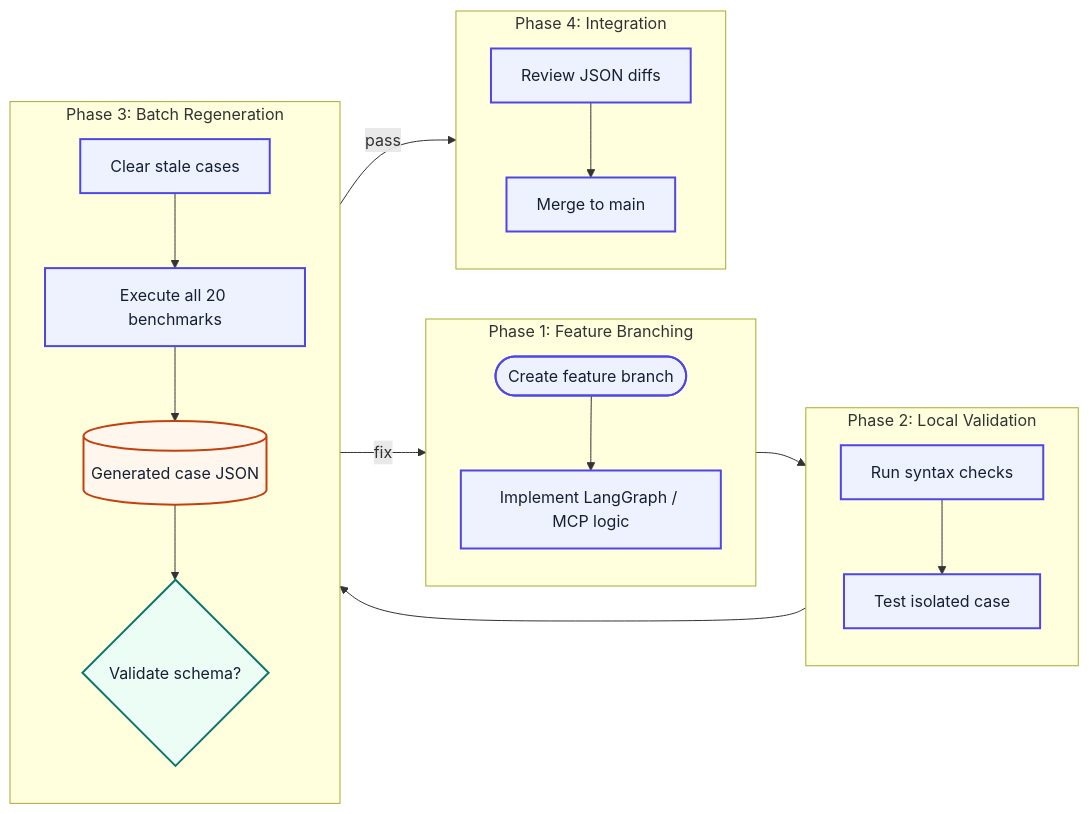
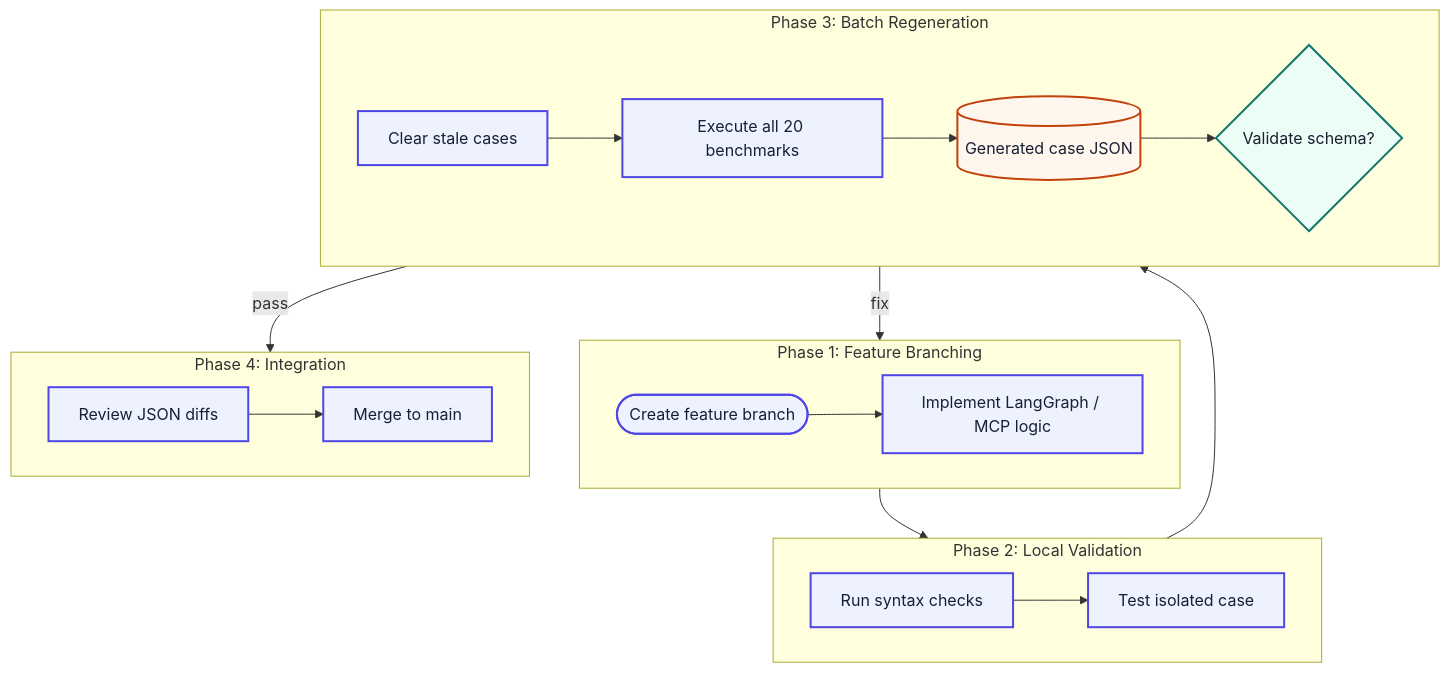
One commit to OMIZOOMI/tigergraph-fraud-investigation changed the second of 2 diagrams in README.md. Above: the diagram before and after it, drawn with Mermaid.

Commit message:
Docs: Improve development pipeline readability

````diff
--- a/README.md
+++ b/README.md
@@ -136,44 +136,44 @@
 ```mermaid
-flowchart LR
+flowchart TB
     subgraph P1["Phase 1: Feature Branching"]
-        direction TB
+        direction LR
         branch([Create feature branch])
         implement[Implement LangGraph / MCP logic]
         branch --> implement
     end
 
     subgraph P2["Phase 2: Local Validation"]
-        direction TB
+        direction LR
         syntax[Run syntax checks]
         isolated[Test isolated case]
         syntax --> isolated
     end
 
     subgraph P3["Phase 3: Batch Regeneration"]
-        direction TB
+        direction LR
         clear[Clear stale cases]
         batch[Execute all 20 benchmarks]
         outputs[(Generated case JSON)]
         schemaCheck{Validate schema?}
         clear --> batch --> outputs --> schemaCheck
     end
 
     subgraph P4["Phase 4: Integration"]
-        direction TB
+        direction LR
         review[Review JSON diffs]
         merge[Merge to main]
         review --> merge
     end
 
     implement --> syntax
     isolated --> clear
     schemaCheck -->|pass| review
     schemaCheck -->|fix| implement
 
-    classDef action fill:#EEF2FF,stroke:#4F46E5,stroke-width:2px,color:#172033
-    classDef data fill:#FFF7ED,stroke:#C2410C,stroke-width:2px,color:#172033
-    classDef decision fill:#ECFDF5,stroke:#0F766E,stroke-width:2px,color:#172033
+    classDef action fill:#EEF2FF,stroke:#4F46E5,stroke-width:2px,color:#172033,font-size:16px
+    classDef data fill:#FFF7ED,stroke:#C2410C,stroke-width:2px,color:#172033,font-size:16px
+    classDef decision fill:#ECFDF5,stroke:#0F766E,stroke-width:2px,color:#172033,font-size:16px
     class branch,implement,syntax,isolated,clear,batch,review,merge action
     class outputs data
     class schemaCheck decision
 ```
````
